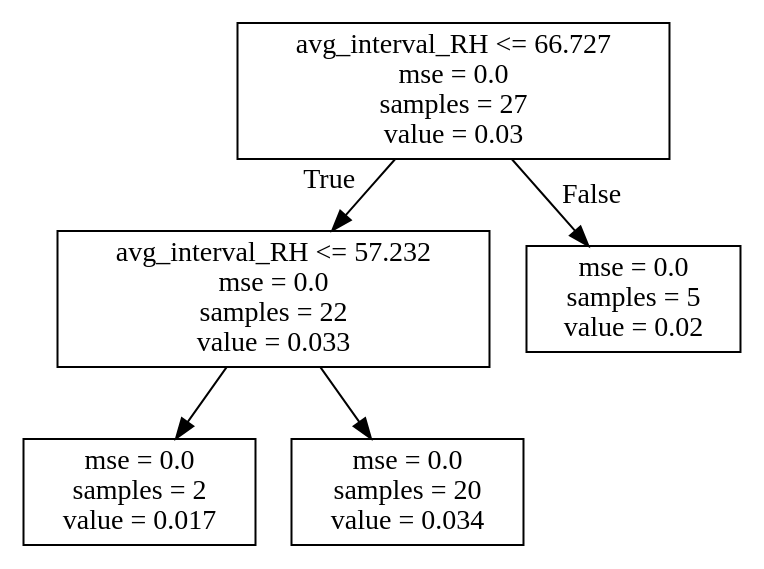
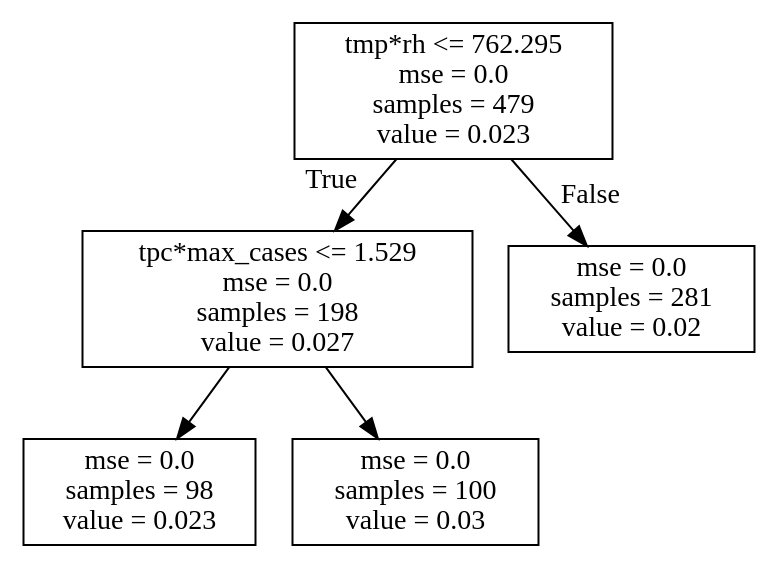
The diagram in products/decision_tree/decision_tree_GF_Q1_run3.dot (hopl1t/covid19), drawn with Graphviz before and after one commit. The commit also changed 42 other files, not shown here.

```diff
--- a/products/decision_tree/decision_tree_GF_Q1_run3.dot
+++ b/products/decision_tree/decision_tree_GF_Q1_run3.dot
@@ -1,12 +1,12 @@
 digraph Tree {
 node [shape=box] ;
-0 [label="avg_interval_RH <= 66.727\nmse = 0.0\nsamples = 27\nvalue = 0.03"] ;
-1 [label="avg_interval_RH <= 57.232\nmse = 0.0\nsamples = 22\nvalue = 0.033"] ;
+0 [label="tmp*rh <= 762.295\nmse = 0.0\nsamples = 479\nvalue = 0.023"] ;
+1 [label="tpc*max_cases <= 1.529\nmse = 0.0\nsamples = 198\nvalue = 0.027"] ;
 0 -> 1 [labeldistance=2.5, labelangle=45, headlabel="True"] ;
-2 [label="mse = 0.0\nsamples = 2\nvalue = 0.017"] ;
+2 [label="mse = 0.0\nsamples = 98\nvalue = 0.023"] ;
 1 -> 2 ;
-3 [label="mse = 0.0\nsamples = 20\nvalue = 0.034"] ;
+3 [label="mse = 0.0\nsamples = 100\nvalue = 0.03"] ;
 1 -> 3 ;
-4 [label="mse = 0.0\nsamples = 5\nvalue = 0.02"] ;
+4 [label="mse = 0.0\nsamples = 281\nvalue = 0.02"] ;
 0 -> 4 [labeldistance=2.5, labelangle=-45, headlabel="False"] ;
 }
```
